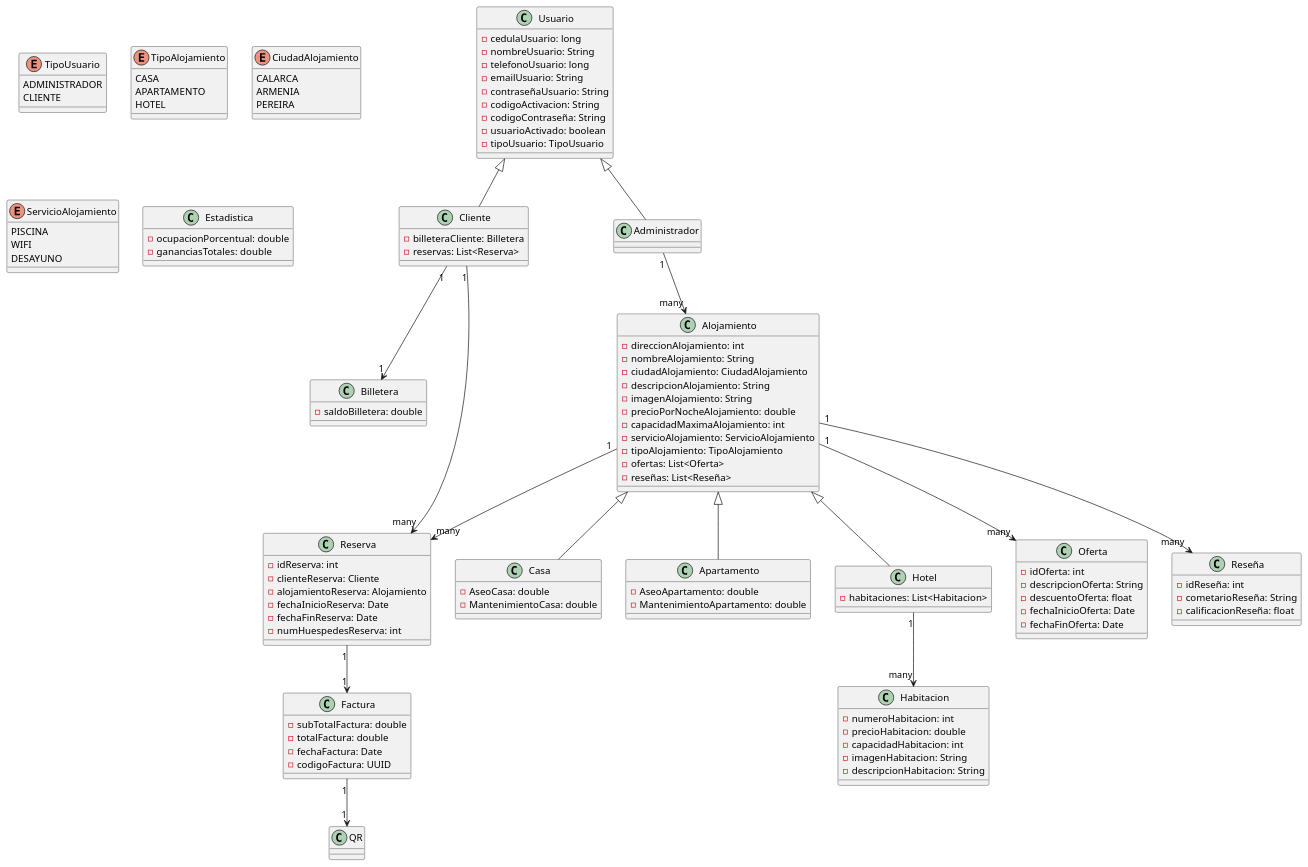
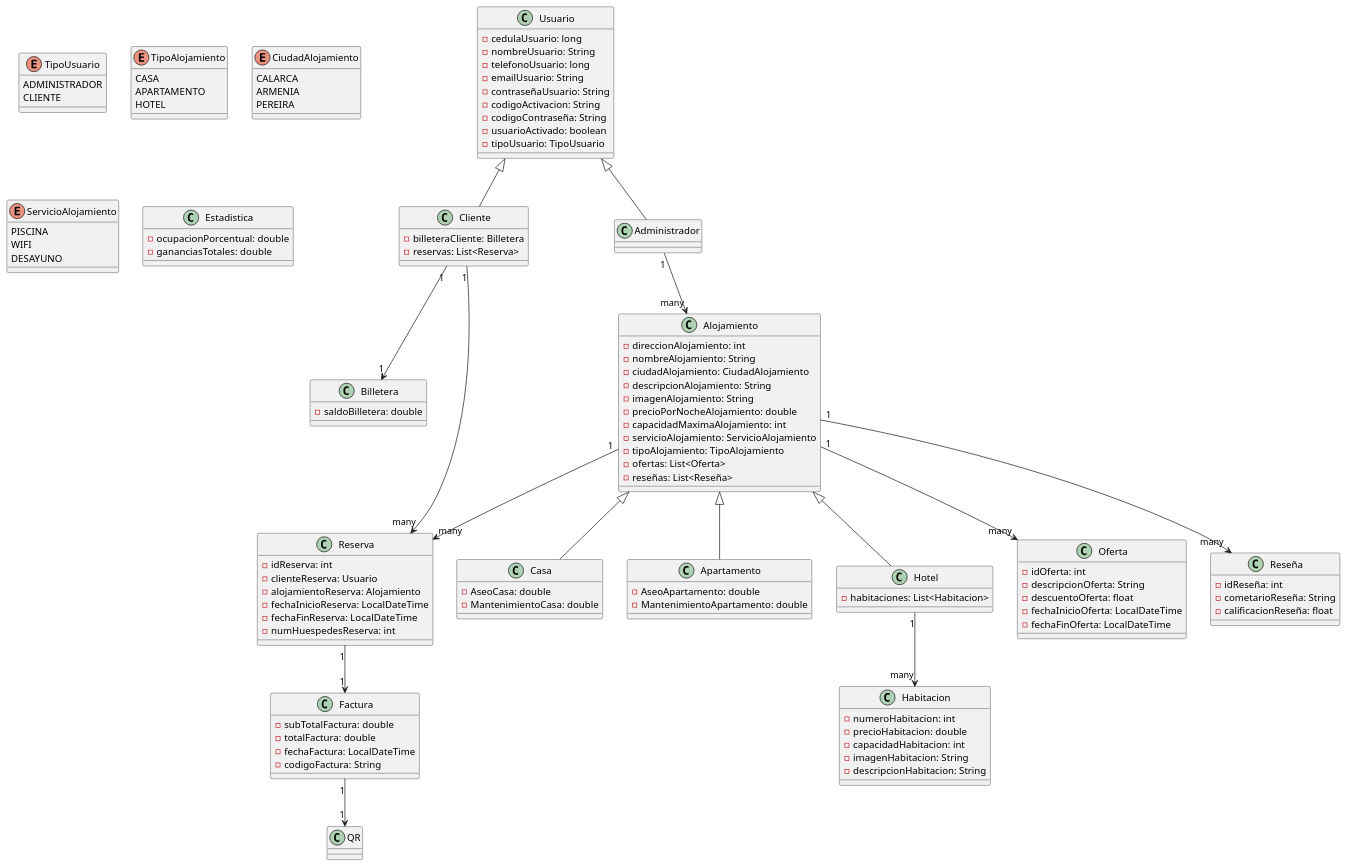
The diagram in src/main/resources/img/DiagramaDeClases.puml (RedRos41/Programacion_2), drawn with PlantUML before and after one commit. The commit also changed 7 other files, not shown here.

```diff
--- a/src/main/resources/img/DiagramaDeClases.puml
+++ b/src/main/resources/img/DiagramaDeClases.puml
@@ -1,135 +1,135 @@
 @startuml
 'https://plantuml.com/sequence-diagram
 
 class Usuario {
     - cedulaUsuario: long
     - nombreUsuario: String
     - telefonoUsuario: long
     - emailUsuario: String
     - contraseñaUsuario: String
     - codigoActivacion: String
     - codigoContraseña: String
     - usuarioActivado: boolean
     - tipoUsuario: TipoUsuario
 }
 
 enum TipoUsuario {
     ADMINISTRADOR
     CLIENTE
 }
 
 class Cliente extends Usuario {
     - billeteraCliente: Billetera
     - reservas: List<Reserva>
 }
 
 class Administrador extends Usuario {
 }
 
 class Alojamiento {
     - direccionAlojamiento: int
     - nombreAlojamiento: String
     - ciudadAlojamiento: CiudadAlojamiento
     - descripcionAlojamiento: String
     - imagenAlojamiento: String
     - precioPorNocheAlojamiento: double
     - capacidadMaximaAlojamiento: int
     - servicioAlojamiento: ServicioAlojamiento
     - tipoAlojamiento: TipoAlojamiento
     - ofertas: List<Oferta>
     - reseñas: List<Reseña>
 }
 
 enum TipoAlojamiento {
     CASA
     APARTAMENTO
     HOTEL
 }
 
 enum CiudadAlojamiento {
     CALARCA
     ARMENIA
     PEREIRA
 }
 
 enum ServicioAlojamiento {
     PISCINA
     WIFI
     DESAYUNO
 }
 
 class Casa extends Alojamiento {
     - AseoCasa: double
     - MantenimientoCasa: double
 }
 
 class Apartamento extends Alojamiento {
     - AseoApartamento: double
     - MantenimientoApartamento: double
 }
 
 class Hotel extends Alojamiento {
     - habitaciones: List<Habitacion>
 }
 
 class Habitacion {
     - numeroHabitacion: int
     - precioHabitacion: double
     - capacidadHabitacion: int
     - imagenHabitacion: String
     - descripcionHabitacion: String
 }
 
 class Billetera {
     - saldoBilletera: double
 }
 
 class Reserva {
     - idReserva: int
-    - clienteReserva: Cliente
+    - clienteReserva: Usuario
     - alojamientoReserva: Alojamiento
-    - fechaInicioReserva: Date
-    - fechaFinReserva: Date
+    - fechaInicioReserva: LocalDateTime
+    - fechaFinReserva: LocalDateTime
     - numHuespedesReserva: int
 }
 
 class Factura {
     - subTotalFactura: double
     - totalFactura: double
-    - fechaFactura: Date
-    - codigoFactura: UUID
+    - fechaFactura: LocalDateTime
+    - codigoFactura: String
 }
 
 class Oferta {
     - idOferta: int
     - descripcionOferta: String
     - descuentoOferta: float
-    - fechaInicioOferta: Date
-    - fechaFinOferta: Date
+    - fechaInicioOferta: LocalDateTime
+    - fechaFinOferta: LocalDateTime
 }
 
 class Estadistica {
     - ocupacionPorcentual: double
     - gananciasTotales: double
 }
 
 class Reseña {
     - idReseña: int
     - cometarioReseña: String
     - calificacionReseña: float
 }
 
 class QR {
 }
 
 Cliente "1" --> "1" Billetera
 Administrador "1" --> "many" Alojamiento
 Cliente "1" --> "many" Reserva
 Alojamiento "1" --> "many" Oferta
 Alojamiento "1" --> "many" Reseña
 Alojamiento "1" --> "many" Reserva
 Reserva "1" --> "1" Factura
 Factura "1" --> "1" QR
 Hotel "1" --> "many" Habitacion
 
 @enduml
```
